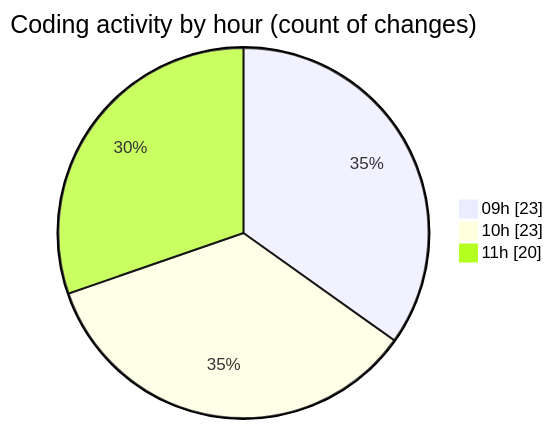
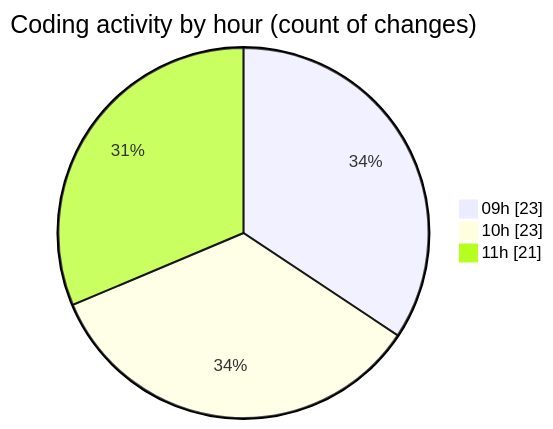
The second of 2 diagrams in 2025-12-04/cda/README.md (momahboobian/code-tracking), drawn with Mermaid before and after one commit. The commit also changed other lines of this file and 1 other file, not shown here.

````diff
--- a/2025-12-04/cda/README.md
+++ b/2025-12-04/cda/README.md
@@ -30,7 +31,7 @@
 ```mermaid
 pie showData
 title Coding activity by hour (count of changes)
 "09h" : 23
 "10h" : 23
-"11h" : 20
+"11h" : 21
 ```
````
